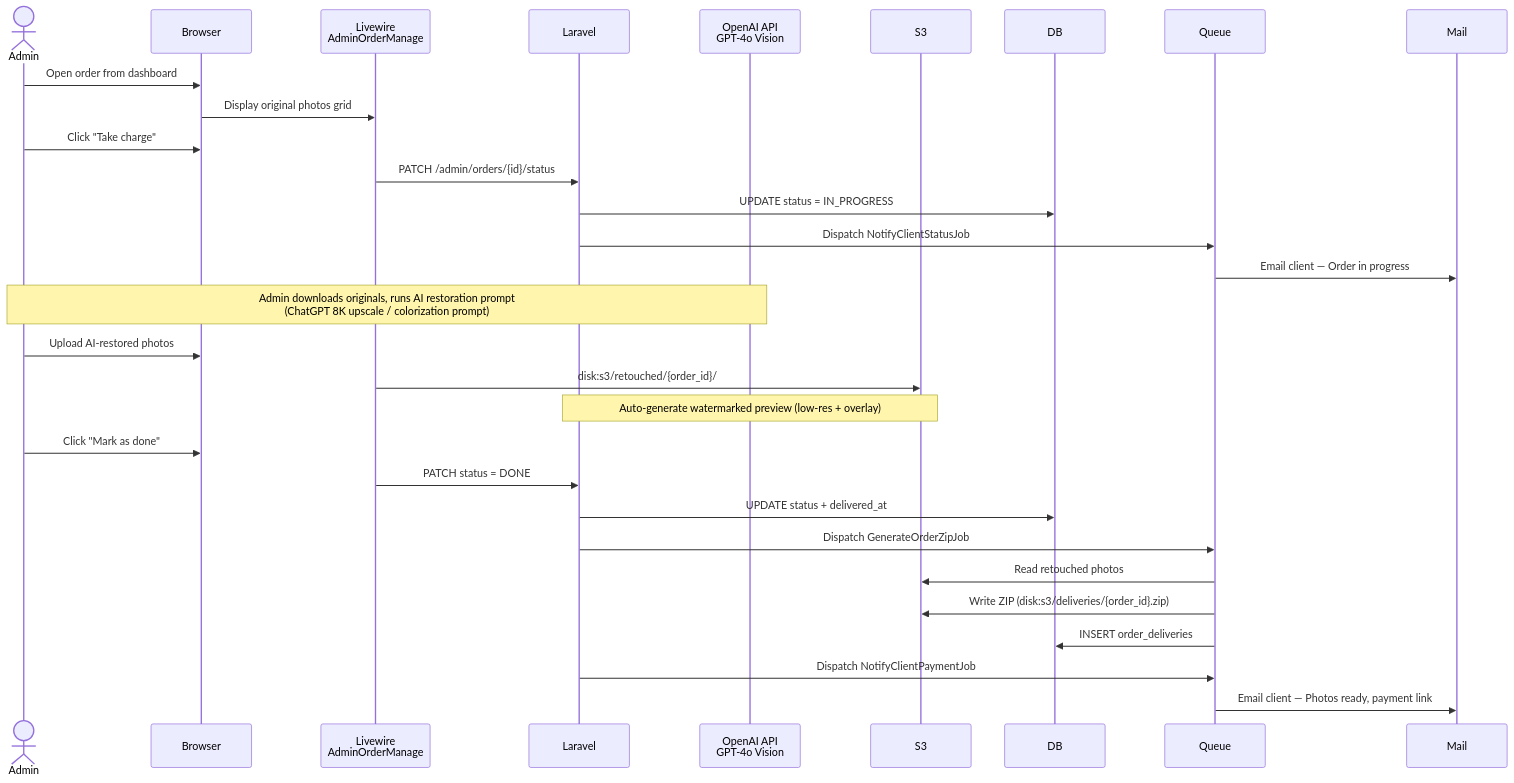
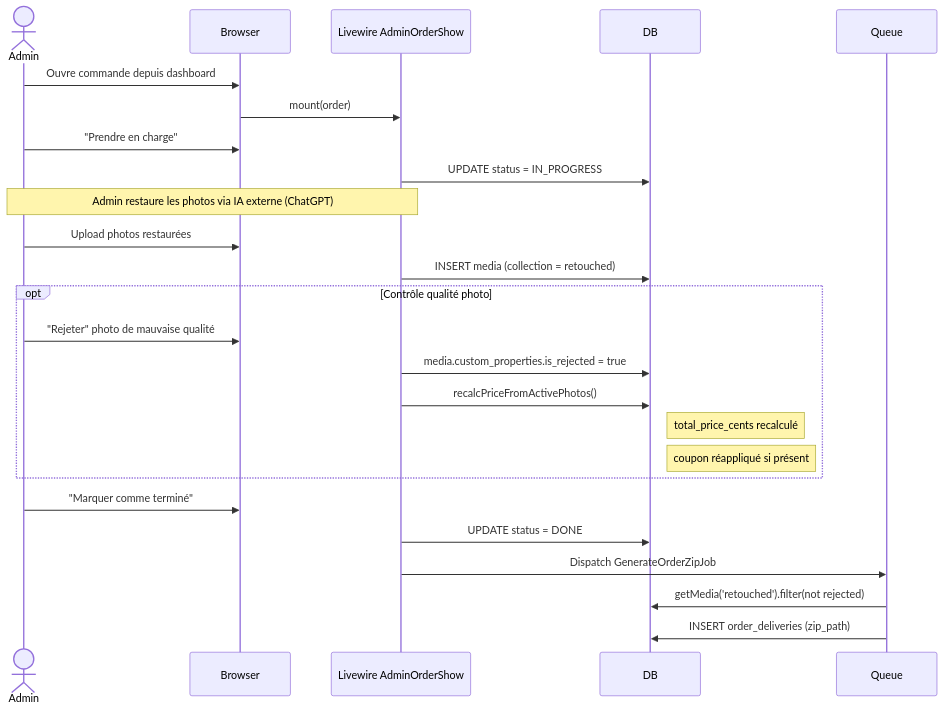
The fifth of 12 diagrams in docs/architecture.mdx (zyrass/OmnyRestore), drawn with Mermaid before and after one commit. The commit also changed other lines of this file and 1 other file, not shown here.

Commit message:
docs(phase-9): v0.8.1 - section 11bis patch, ZIP exclusion impl, recalcul prix coupon, worst-case fix; architecture.mdx ERD+sequences Phase9

````diff
--- a/docs/architecture.mdx
+++ b/docs/architecture.mdx
@@ -240,37 +255,32 @@
 ```mermaid
 sequenceDiagram
     actor Admin
     participant Browser
-    participant Livewire as Livewire<br/>AdminOrderManage
-    participant Laravel
-    participant OpenAI as OpenAI API<br/>GPT-4o Vision
-    participant S3
+    participant Livewire as Livewire AdminOrderShow
     participant DB
     participant Queue
-    participant Mail
 
-    Admin->>Browser: Open order from dashboard
-    Browser->>Livewire: Display original photos grid
-    Admin->>Browser: Click "Take charge"
-    Livewire->>Laravel: PATCH /admin/orders/{id}/status
-    Laravel->>DB: UPDATE status = IN_PROGRESS
-    Laravel->>Queue: Dispatch NotifyClientStatusJob
-    Queue->>Mail: Email client — Order in progress
+    Admin->>Browser: Ouvre commande depuis dashboard
+    Browser->>Livewire: mount(order)
+    Admin->>Browser: "Prendre en charge"
+    Livewire->>DB: UPDATE status = IN_PROGRESS
 
-    Note over Admin,OpenAI: Admin downloads originals, runs AI restoration prompt<br/>(ChatGPT 8K upscale / colorization prompt)
+    Note over Admin,Livewire: Admin restaure les photos via IA externe (ChatGPT)
 
-    Admin->>Browser: Upload AI-restored photos
-    Livewire->>S3: disk:s3/retouched/{order_id}/
+    Admin->>Browser: Upload photos restaurées
+    Livewire->>DB: INSERT media (collection = retouched)
 
-    Note over Laravel,S3: Auto-generate watermarked preview (low-res + overlay)
+    opt Contrôle qualité photo
+        Admin->>Browser: "Rejeter" photo de mauvaise qualité
+        Livewire->>DB: media.custom_properties.is_rejected = true
+        Livewire->>DB: recalcPriceFromActivePhotos()
+        Note right of DB: total_price_cents recalculé
+        Note right of DB: coupon réappliqué si présent
+    end
 
-    Admin->>Browser: Click "Mark as done"
-    Livewire->>Laravel: PATCH status = DONE
-    Laravel->>DB: UPDATE status + delivered_at
-    Laravel->>Queue: Dispatch GenerateOrderZipJob
-    Queue->>S3: Read retouched photos
-    Queue->>S3: Write ZIP (disk:s3/deliveries/{order_id}.zip)
-    Queue->>DB: INSERT order_deliveries
-    Laravel->>Queue: Dispatch NotifyClientPaymentJob
-    Queue->>Mail: Email client — Photos ready, payment link
+    Admin->>Browser: "Marquer comme terminé"
+    Livewire->>DB: UPDATE status = DONE
+    Livewire->>Queue: Dispatch GenerateOrderZipJob
+    Queue->>DB: getMedia('retouched').filter(not rejected)
+    Queue->>DB: INSERT order_deliveries (zip_path)
 ```
````
